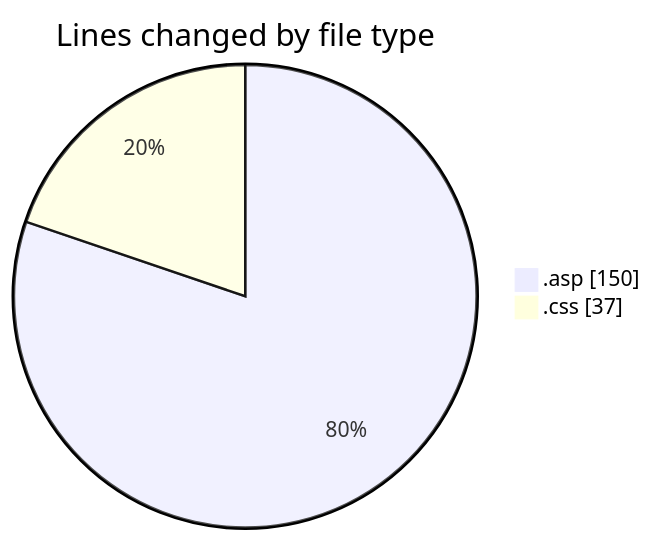
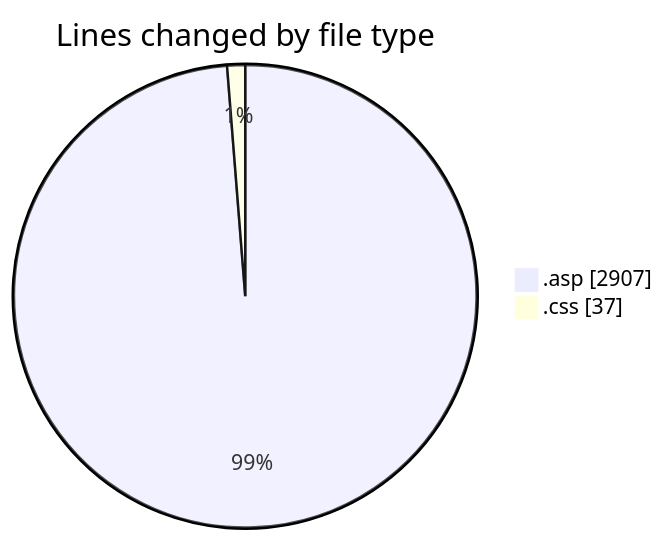
One commit to julien-gomy/code-tracking changed the first of 2 diagrams in 2025-11-02/cdp_aleoudev_fr__workspace_/README.md. Above: the diagram before and after it, drawn with Mermaid. The commit also changed other lines of this file and 1 other file, not shown here.

````diff
--- a/2025-11-02/cdp_aleoudev_fr__workspace_/README.md
+++ b/2025-11-02/cdp_aleoudev_fr__workspace_/README.md
@@ -23,6 +23,6 @@
 ```mermaid
 pie showData
 title Lines changed by file type
-".asp" : 150
+".asp" : 2907
 ".css" : 37
 ```
````
